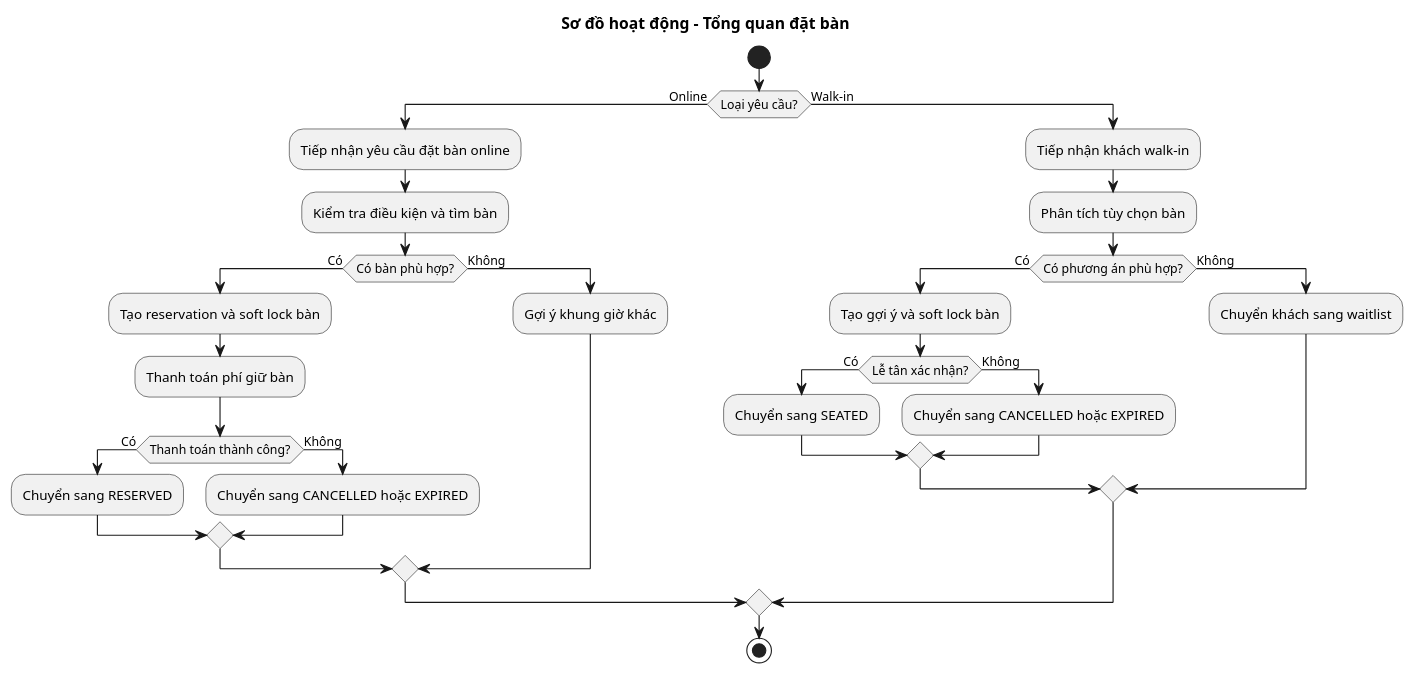
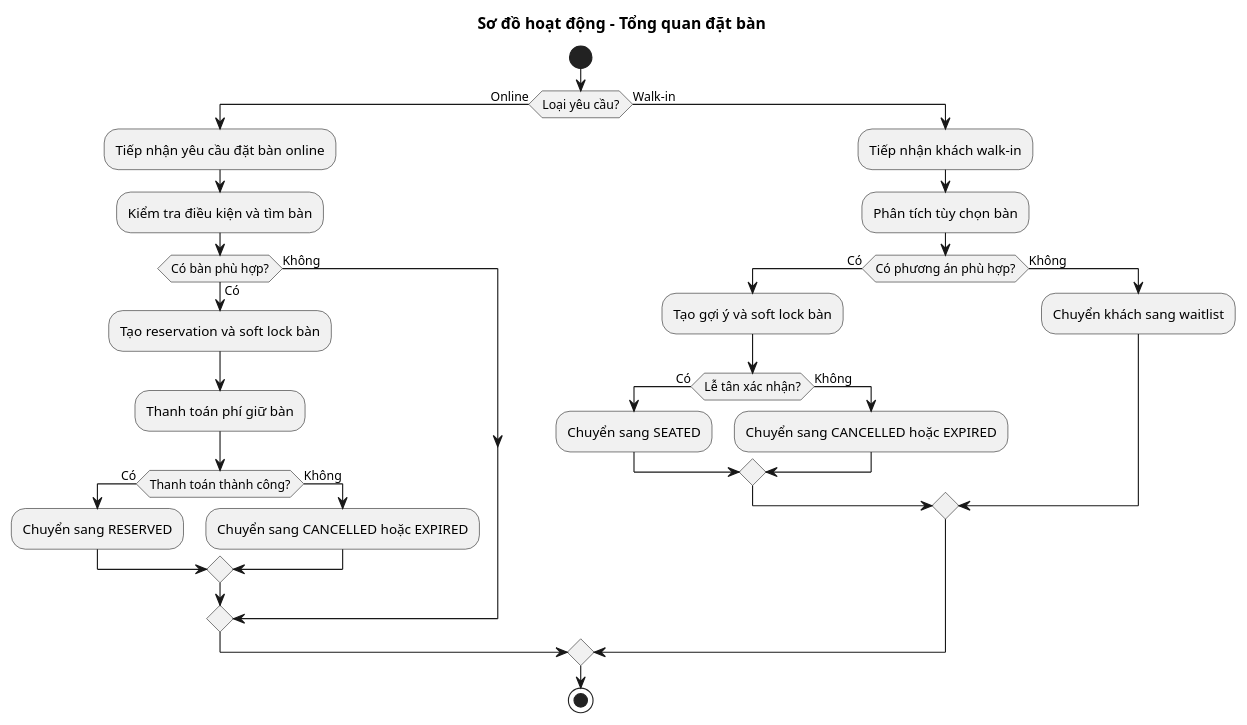
One commit to QuangLam0208/restaurant-reservation-system changed the diagram in docs/uml/activity-booking.puml. Above: the diagram before and after it, drawn with PlantUML. The commit also changed 1 other file, not shown here.

```diff
--- a/docs/uml/activity-booking.puml
+++ b/docs/uml/activity-booking.puml
@@ -1,35 +1,34 @@
 @startuml
 title Sơ đồ hoạt động - Tổng quan đặt bàn
 skinparam conditionStyle inside
 
 start
 if (Loại yêu cầu?) then (Online)
   :Tiếp nhận yêu cầu đặt bàn online;
   :Kiểm tra điều kiện và tìm bàn;
   if (Có bàn phù hợp?) then (Có)
     :Tạo reservation và soft lock bàn;
     :Thanh toán phí giữ bàn;
     if (Thanh toán thành công?) then (Có)
       :Chuyển sang RESERVED;
     else (Không)
       :Chuyển sang CANCELLED hoặc EXPIRED;
     endif
   else (Không)
-    :Gợi ý khung giờ khác;
   endif
 else (Walk-in)
   :Tiếp nhận khách walk-in;
   :Phân tích tùy chọn bàn;
   if (Có phương án phù hợp?) then (Có)
     :Tạo gợi ý và soft lock bàn;
     if (Lễ tân xác nhận?) then (Có)
       :Chuyển sang SEATED;
     else (Không)
       :Chuyển sang CANCELLED hoặc EXPIRED;
     endif
   else (Không)
     :Chuyển khách sang waitlist;
   endif
 endif
 stop
 @enduml
```
